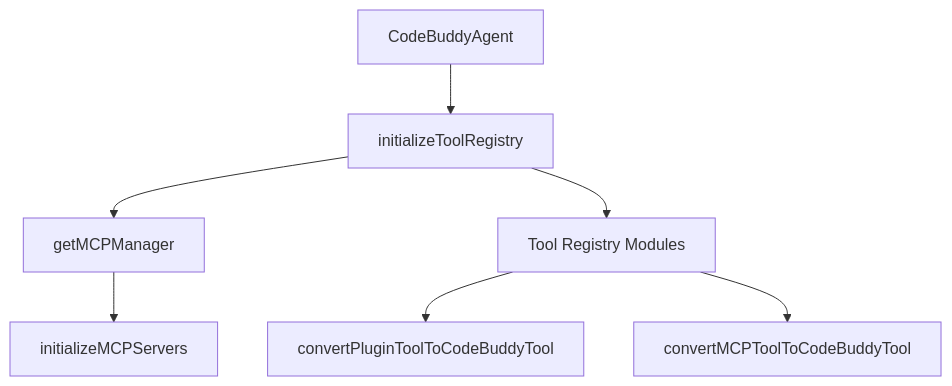
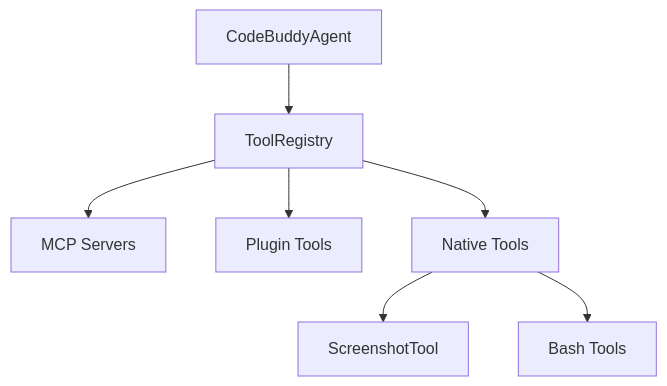
Before and after one commit to Zeeeepa/code-buddy: the diagram in .codebuddy/docs/3d-tool-implementations.md, drawn with Mermaid. The commit also changed other lines of this file and 29 other files, not shown here.

````diff
--- a/.codebuddy/docs/3d-tool-implementations.md
+++ b/.codebuddy/docs/3d-tool-implementations.md
@@ -7,9 +11,9 @@
 ```mermaid
 graph TD
-    A[CodeBuddyAgent] --> B[initializeToolRegistry]
-    B --> C[getMCPManager]
-    B --> D[Tool Registry Modules]
-    D --> E[convertPluginToolToCodeBuddyTool]
-    D --> F[convertMCPToolToCodeBuddyTool]
-    C --> G[initializeMCPServers]
+    Agent[CodeBuddyAgent] --> Registry[ToolRegistry]
+    Registry --> MCP[MCP Servers]
+    Registry --> Plugin[Plugin Tools]
+    Registry --> Native[Native Tools]
+    Native --> Screenshot[ScreenshotTool]
+    Native --> Bash[Bash Tools]
 ```
````
